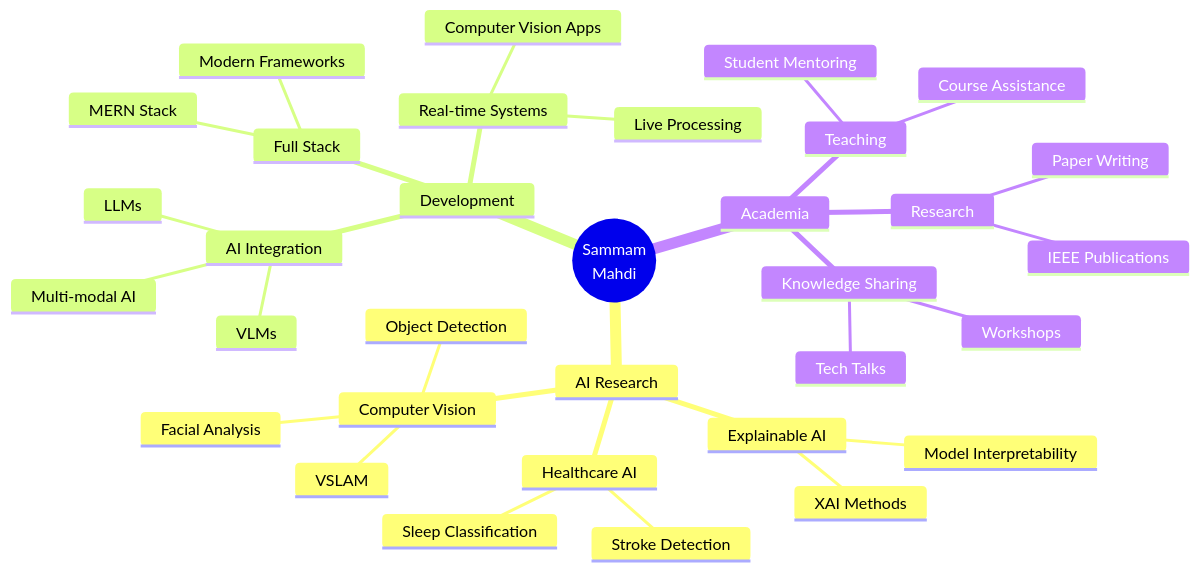
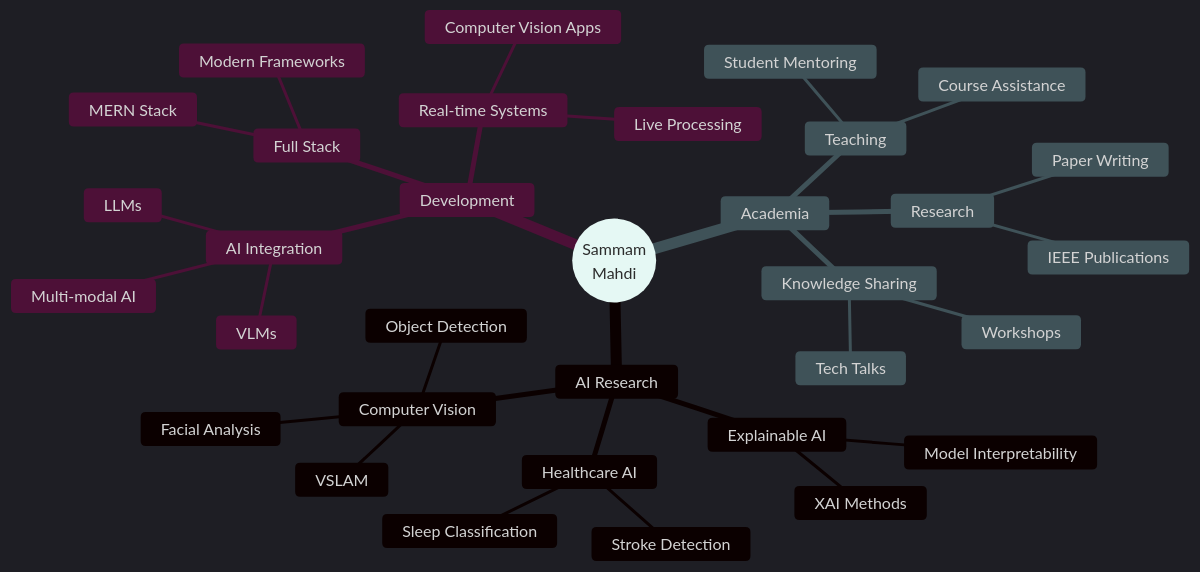
The diagram in README.md (SammamMahdi/SammamMahdi), drawn with Mermaid before and after one commit. The commit also changed other lines of this file, not shown here.

````diff
--- a/README.md
+++ b/README.md
@@ -422,36 +407,37 @@
 ```mermaid
+%%{init: {'theme':'dark', 'themeVariables': { 'primaryColor':'#FF6B6B','primaryTextColor':'#fff','primaryBorderColor':'#FF6B6B','lineColor':'#4ECDC4','secondaryColor':'#95E1D3','tertiaryColor':'#F38181','fontSize':'16px'}}}%%
 mindmap
   root((Sammam<br/>Mahdi))
     AI Research
       Explainable AI
         XAI Methods
         Model Interpretability
       Healthcare AI
         Stroke Detection
         Sleep Classification
       Computer Vision
         Object Detection
         Facial Analysis
         VSLAM
     Development
       Full Stack
         MERN Stack
         Modern Frameworks
       AI Integration
         LLMs
         VLMs
         Multi-modal AI
       Real-time Systems
         Computer Vision Apps
         Live Processing
     Academia
       Teaching
         Course Assistance
         Student Mentoring
       Research
         IEEE Publications
         Paper Writing
       Knowledge Sharing
         Tech Talks
         Workshops
 ```
````
